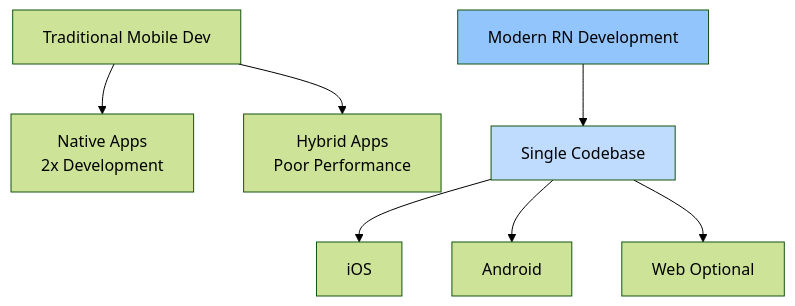
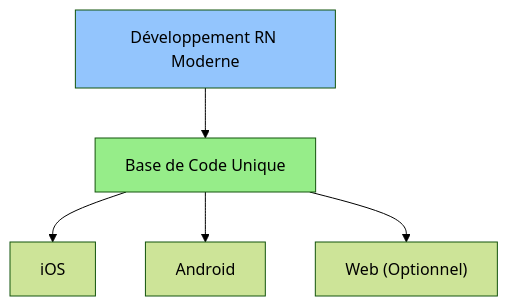
One commit to mianala/rn-intro-slides changed the sixth of 11 diagrams in slides.md. Above: the diagram before and after it, drawn with Mermaid (forest theme). The commit also changed other lines of this file and 354 other files, not shown here.

````diff
--- a/slides.md
+++ b/slides.md
@@ -914,13 +1091,10 @@
 ```mermaid {theme: 'neutral', scale: 0.8}
 graph TD
-    Start["Traditional Mobile Dev"] --> Native["Native Apps<br/>2x Development"]
-    Start --> Hybrid["Hybrid Apps<br/>Poor Performance"]
-    
-    Modern["Modern RN Development"] --> Single["Single Codebase"]
+    Modern["Développement RN Moderne"] --> Single["Base de Code Unique"]
     Single --> iOS["iOS"]
     Single --> Android["Android"]
-    Single --> Web["Web Optional"]
+    Single --> Web["Web (Optionnel)"]
 
 style Modern fill:#93c5fd
-style Single fill:#bfdbfe
+style Single fill:#96ED89
 ```
````
